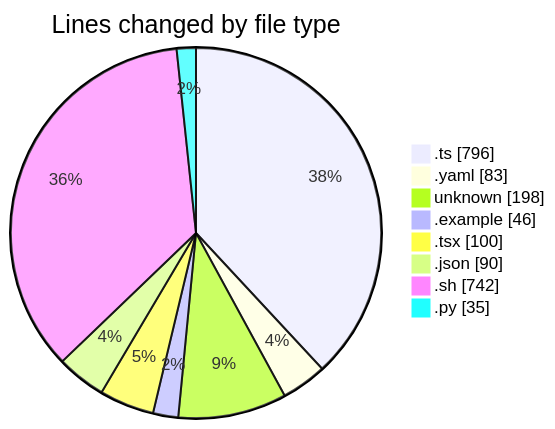
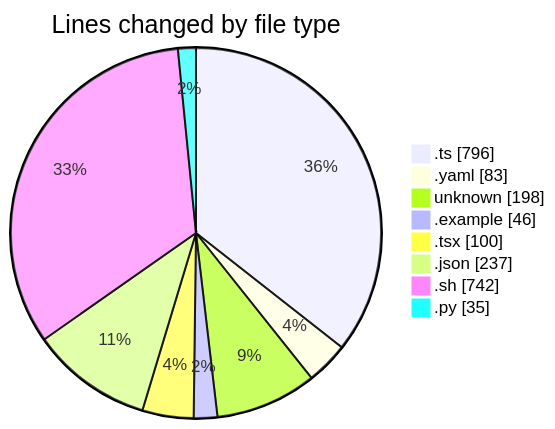
The first of 2 diagrams in 2025-10-01/open-health/README.md (mevix1/code-tracking), drawn with Mermaid before and after one commit. The commit also changed other lines of this file and 1 other file, not shown here.

````diff
--- a/2025-10-01/open-health/README.md
+++ b/2025-10-01/open-health/README.md
@@ -55,12 +56,12 @@
 ```mermaid
 pie showData
 title Lines changed by file type
 ".ts" : 796
 ".yaml" : 83
 "unknown" : 198
 ".example" : 46
 ".tsx" : 100
-".json" : 90
+".json" : 237
 ".sh" : 742
 ".py" : 35
 ```
````
